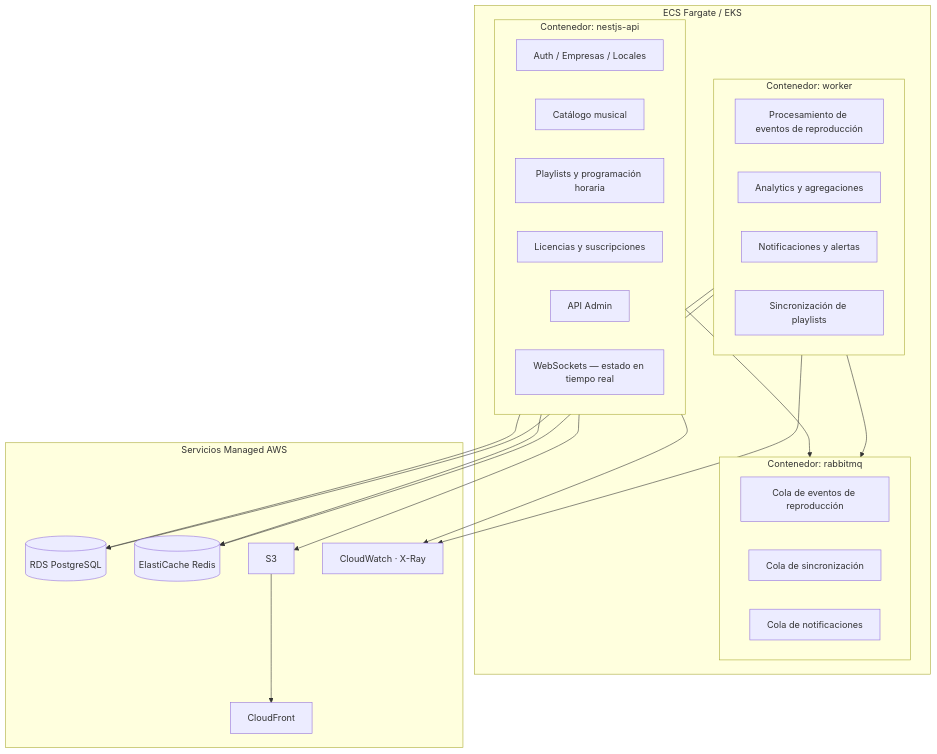
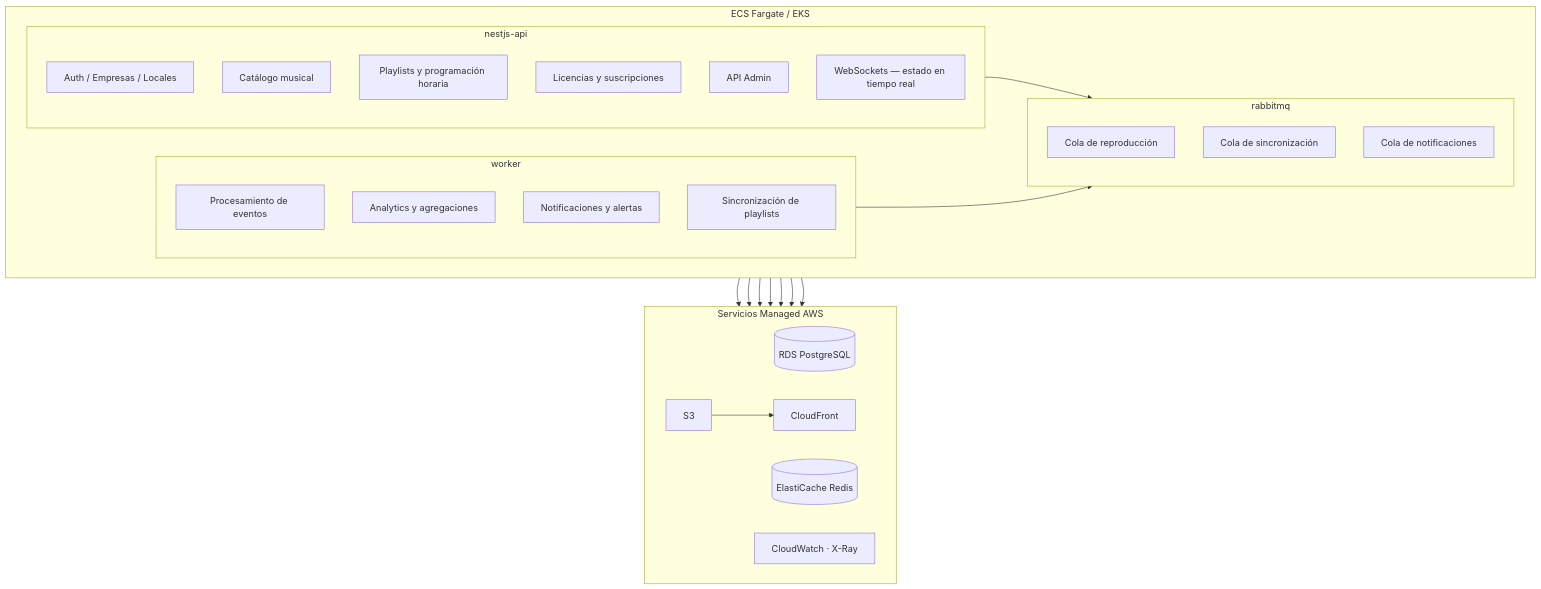
One commit to htm4rck/Mockups changed the second of 9 diagrams in app/MVPMusic/README.md. Above: the diagram before and after it, drawn with Mermaid. The commit also changed other lines of this file, not shown here.

````diff
--- a/app/MVPMusic/README.md
+++ b/app/MVPMusic/README.md
@@ -35,45 +35,47 @@
 ```mermaid
-graph TD
+graph TB
     subgraph ECS["ECS Fargate / EKS"]
-        subgraph API["Contenedor: nestjs-api"]
+        direction LR
+        subgraph API["nestjs-api"]
             A1[Auth / Empresas / Locales]
             A2[Catálogo musical]
             A3[Playlists y programación horaria]
             A4[Licencias y suscripciones]
             A5[API Admin]
             A6[WebSockets — estado en tiempo real]
         end
 
-        subgraph WK["Contenedor: worker"]
-            W1[Procesamiento de eventos de reproducción]
+        subgraph WK["worker"]
+            W1[Procesamiento de eventos]
             W2[Analytics y agregaciones]
             W3[Notificaciones y alertas]
             W4[Sincronización de playlists]
         end
 
-        subgraph RMQ["Contenedor: rabbitmq"]
-            R1[Cola de eventos de reproducción]
+        subgraph RMQ["rabbitmq"]
+            R1[Cola de reproducción]
             R2[Cola de sincronización]
             R3[Cola de notificaciones]
         end
     end
 
     subgraph AWS["Servicios Managed AWS"]
+        direction LR
         PG[(RDS PostgreSQL)]
         RD[(ElastiCache Redis)]
         S3[S3]
         CDN[CloudFront]
         CW[CloudWatch · X-Ray]
     end
 
     API --> PG
     API --> RD
-    API --> RMQ
     API --> S3
-    WK --> RMQ
+    API --> CW
     WK --> PG
     WK --> RD
+    WK --> CW
+    API --> RMQ
+    WK --> RMQ
     S3 --> CDN
-    API --> CW
-    WK --> CW
 ```
````
